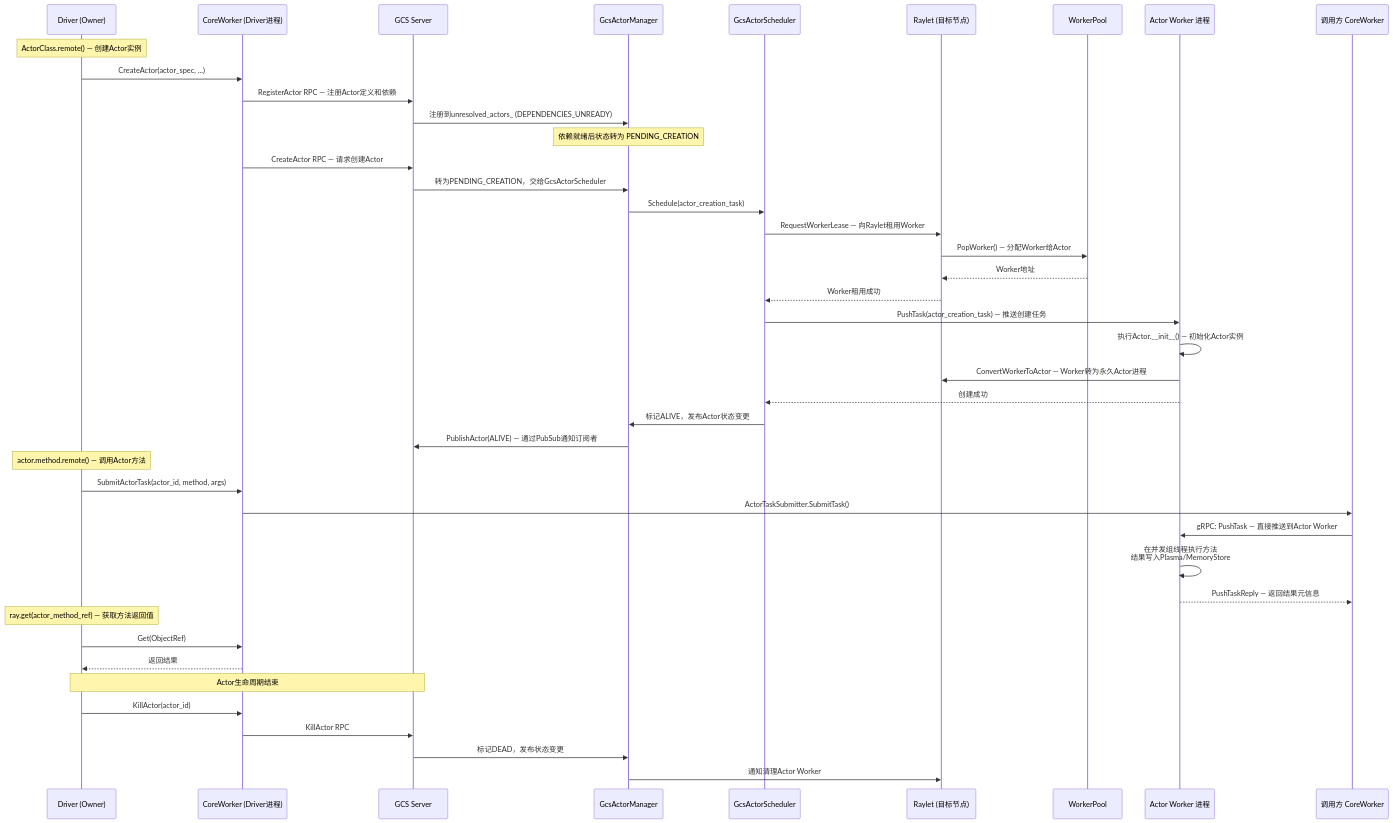
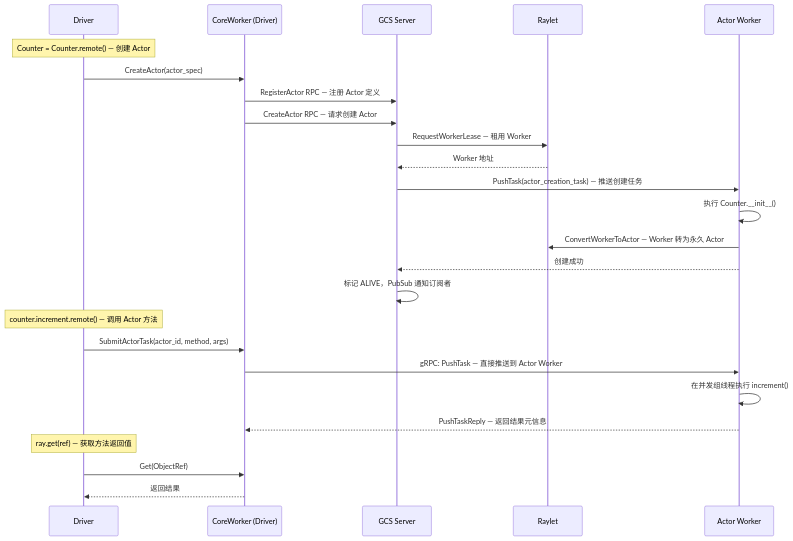
Before and after one commit to wangguimin18-boop/ray-project: the sixth of 7 diagrams in doc/source/ray-core/ray-architecture-overview.md, drawn with Mermaid. The commit also changed other lines of this file, not shown here.

````diff
--- a/doc/source/ray-core/ray-architecture-overview.md
+++ b/doc/source/ray-core/ray-architecture-overview.md
@@ -510,52 +747,33 @@
 ```mermaid
 sequenceDiagram
-    participant Driver as Driver (Owner)
-    participant CoreWorker as CoreWorker (Driver进程)
+    participant Driver as Driver
+    participant CW as CoreWorker (Driver)
     participant GCS as GCS Server
-    participant GcsActorMgr as GcsActorManager
-    participant GcsActorSched as GcsActorScheduler
-    participant Raylet as Raylet (目标节点)
-    participant WorkerPool as WorkerPool
-    participant ActorWorker as Actor Worker 进程
-    participant Caller as 调用方 CoreWorker
+    participant Raylet as Raylet
+    participant ActorW as Actor Worker
 
-    Note over Driver: ActorClass.remote() — 创建Actor实例
-    Driver->>CoreWorker: CreateActor(actor_spec, ...)
-    CoreWorker->>GCS: RegisterActor RPC — 注册Actor定义和依赖
-    GCS->>GcsActorMgr: 注册到unresolved_actors_ (DEPENDENCIES_UNREADY)
+    Note over Driver: Counter = Counter.remote() — 创建 Actor
 
-    Note over GcsActorMgr: 依赖就绪后状态转为 PENDING_CREATION
-    CoreWorker->>GCS: CreateActor RPC — 请求创建Actor
-    GCS->>GcsActorMgr: 转为PENDING_CREATION，交给GcsActorScheduler
-    GcsActorMgr->>GcsActorSched: Schedule(actor_creation_task)
+    Driver->>CW: CreateActor(actor_spec)
+    CW->>GCS: RegisterActor RPC — 注册 Actor 定义
+    CW->>GCS: CreateActor RPC — 请求创建 Actor
 
-    GcsActorSched->>Raylet: RequestWorkerLease — 向Raylet租用Worker
-    Raylet->>WorkerPool: PopWorker() — 分配Worker给Actor
-    WorkerPool-->>Raylet: Worker地址
-    Raylet-->>GcsActorSched: Worker租用成功
+    GCS->>Raylet: RequestWorkerLease — 租用 Worker
+    Raylet-->>GCS: Worker 地址
+    GCS->>ActorW: PushTask(actor_creation_task) — 推送创建任务
+    ActorW->>ActorW: 执行 Counter.__init__()
+    ActorW->>Raylet: ConvertWorkerToActor — Worker 转为永久 Actor
+    ActorW-->>GCS: 创建成功
+    GCS->>GCS: 标记 ALIVE，PubSub 通知订阅者
 
-    GcsActorSched->>ActorWorker: PushTask(actor_creation_task) — 推送创建任务
-    ActorWorker->>ActorWorker: 执行Actor.__init__() — 初始化Actor实例
-    ActorWorker->>Raylet: ConvertWorkerToActor — Worker转为永久Actor进程
+    Note over Driver: counter.increment.remote() — 调用 Actor 方法
 
-    ActorWorker-->>GcsActorSched: 创建成功
-    GcsActorSched->>GcsActorMgr: 标记ALIVE，发布Actor状态变更
-    GcsActorMgr->>GCS: PublishActor(ALIVE) — 通过PubSub通知订阅者
+    Driver->>CW: SubmitActorTask(actor_id, method, args)
+    CW->>ActorW: gRPC: PushTask — 直接推送到 Actor Worker
+    ActorW->>ActorW: 在并发组线程执行 increment()
+    ActorW-->>CW: PushTaskReply — 返回结果元信息
 
-    Note over Driver: actor.method.remote() — 调用Actor方法
-    Driver->>CoreWorker: SubmitActorTask(actor_id, method, args)
-    CoreWorker->>Caller: ActorTaskSubmitter.SubmitTask()
-    Caller->>ActorWorker: gRPC: PushTask — 直接推送到Actor Worker
-    ActorWorker->>ActorWorker: 在并发组线程执行方法<br>结果写入Plasma/MemoryStore
-    ActorWorker-->>Caller: PushTaskReply — 返回结果元信息
-
-    Note over Driver: ray.get(actor_method_ref) — 获取方法返回值
-    Driver->>CoreWorker: Get(ObjectRef)
-    CoreWorker-->>Driver: 返回结果
-
-    Note over Driver,GCS: Actor生命周期结束
-    Driver->>CoreWorker: KillActor(actor_id)
-    CoreWorker->>GCS: KillActor RPC
-    GCS->>GcsActorMgr: 标记DEAD，发布状态变更
-    GcsActorMgr->>Raylet: 通知清理Actor Worker
+    Note over Driver: ray.get(ref) — 获取方法返回值
+    Driver->>CW: Get(ObjectRef)
+    CW-->>Driver: 返回结果
 ```
````
